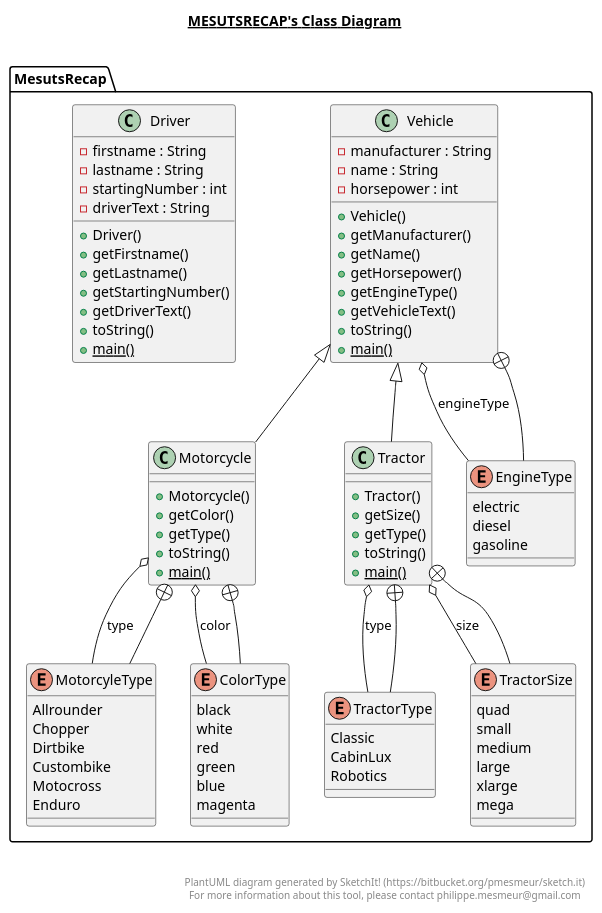
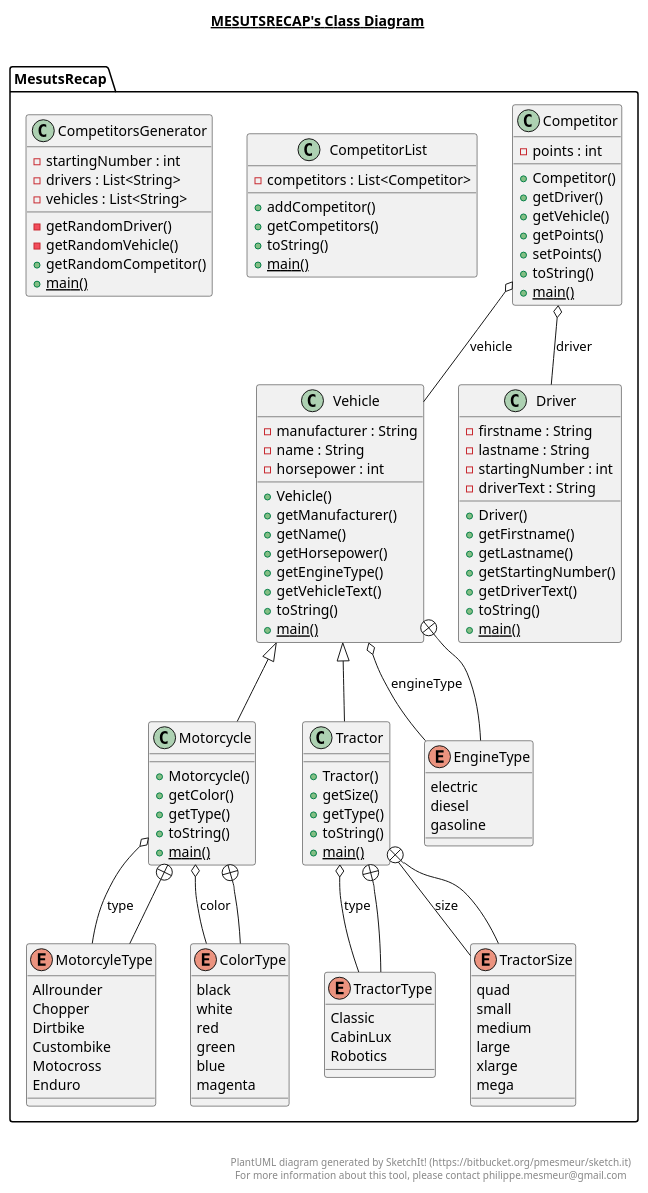
The diagram in src/main/java/MesutsRecap/MesutsRecap.plantuml (axelmotyka/adventcalendar), drawn with PlantUML before and after one commit. The commit also changed 3 other files, not shown here.

Commit message:
MesutsRecap exercise13 finished.

```diff
--- a/src/main/java/MesutsRecap/MesutsRecap.plantuml
+++ b/src/main/java/MesutsRecap/MesutsRecap.plantuml
@@ -1,136 +1,176 @@
 @startuml
 
 title __MESUTSRECAP's Class Diagram__\n
+
+  package MesutsRecap {
+    class Competitor {
+        - points : int
+        + Competitor()
+        + getDriver()
+        + getVehicle()
+        + getPoints()
+        + setPoints()
+        + toString()
+        {static} + main()
+    }
+  }
+  
+
+  package MesutsRecap {
+    class CompetitorList {
+        - competitors : List<Competitor>
+        + addCompetitor()
+        + getCompetitors()
+        + toString()
+        {static} + main()
+    }
+  }
+  
+
+  package MesutsRecap {
+    class CompetitorsGenerator {
+        - startingNumber : int
+        - drivers : List<String>
+        - vehicles : List<String>
+        - getRandomDriver()
+        - getRandomVehicle()
+        + getRandomCompetitor()
+        {static} + main()
+    }
+  }
+  
 
   package MesutsRecap {
     class Driver {
         - firstname : String
         - lastname : String
         - startingNumber : int
         - driverText : String
         + Driver()
         + getFirstname()
         + getLastname()
         + getStartingNumber()
         + getDriverText()
         + toString()
         {static} + main()
     }
   }
   
 
   package MesutsRecap {
     class Motorcycle {
         + Motorcycle()
         + getColor()
         + getType()
         + toString()
         {static} + main()
     }
   }
   
 
   package MesutsRecap {
     enum MotorcyleType {
       Allrounder
       Chopper
       Dirtbike
       Custombike
       Motocross
       Enduro
     }
   }
   
 
   package MesutsRecap {
     enum ColorType {
       black
       white
       red
       green
       blue
       magenta
     }
   }
   
 
   package MesutsRecap {
     class Tractor {
         + Tractor()
         + getSize()
         + getType()
         + toString()
         {static} + main()
     }
   }
   
 
   package MesutsRecap {
     enum TractorType {
       Classic
       CabinLux
       Robotics
     }
   }
   
 
   package MesutsRecap {
     enum TractorSize {
       quad
       small
       medium
       large
       xlarge
       mega
     }
   }
   
 
   package MesutsRecap {
     class Vehicle {
         - manufacturer : String
         - name : String
         - horsepower : int
         + Vehicle()
         + getManufacturer()
         + getName()
         + getHorsepower()
         + getEngineType()
         + getVehicleText()
         + toString()
         {static} + main()
     }
   }
   
 
   package MesutsRecap {
     enum EngineType {
       electric
       diesel
       gasoline
     }
   }
   
 
+  Competitor o-- Driver : driver
+  Competitor o-- Vehicle : vehicle
   Motorcycle -up-|> Vehicle
   Motorcycle o-- ColorType : color
   Motorcycle o-- MotorcyleType : type
   Motorcycle +-down- MotorcyleType
   Motorcycle +-down- ColorType
   Tractor -up-|> Vehicle
   Tractor o-- TractorType : type
   Tractor o-- TractorSize : size
   Tractor +-down- TractorType
   Tractor +-down- TractorSize
   Vehicle o-- EngineType : engineType
   Vehicle +-down- EngineType
 
 
 right footer
 
 
 PlantUML diagram generated by SketchIt! (https://bitbucket.org/pmesmeur/sketch.it)
 For more information about this tool, please contact philippe.mesmeur@gmail.com
 endfooter
 
 @enduml
```
